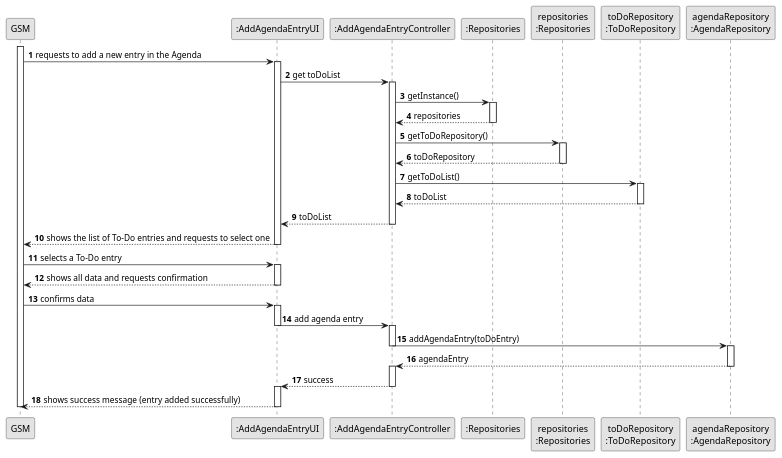
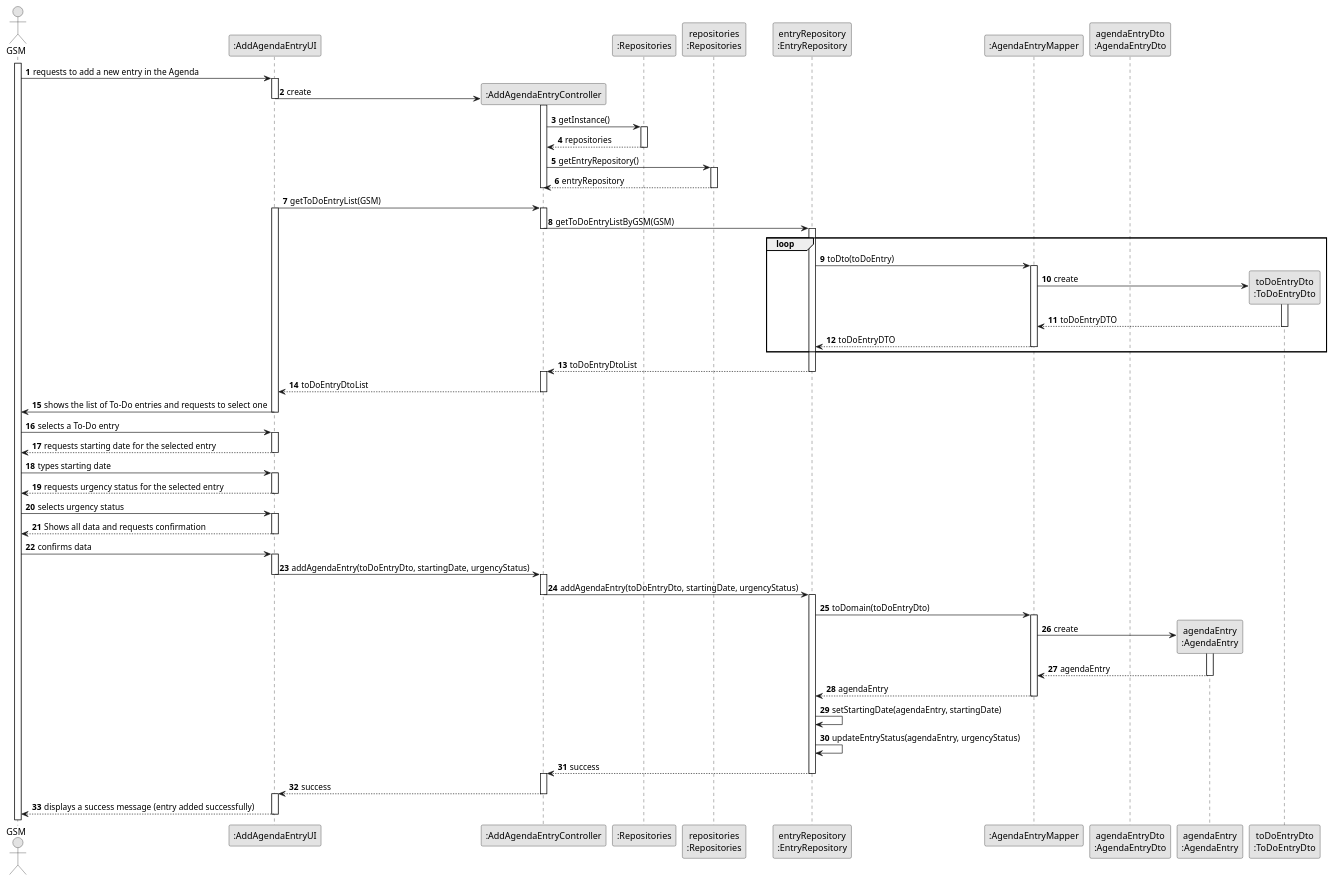
The diagram in docs/sprintC/us022/03.design/puml/us022-sequence-diagram-full.puml (ricardomm7/leaflink), drawn with PlantUML before and after one commit. The commit also changed 5 other files, not shown here.

```diff
--- a/docs/sprintC/us022/03.design/puml/us022-sequence-diagram-full.puml
+++ b/docs/sprintC/us022/03.design/puml/us022-sequence-diagram-full.puml
@@ -1,68 +1,133 @@
 @startuml
 skinparam monochrome true
 skinparam packageStyle rectangle
 skinparam shadowing false
 
 autonumber
 
-participant "GSM" as GSM
+actor "GSM" as GSM
 participant ":AddAgendaEntryUI" as UI
 participant ":AddAgendaEntryController" as CTRL
-participant ":Repositories" as GlobRepo
+participant ":Repositories" as RepositorySingleton
 participant "repositories\n:Repositories" as PLAT
-participant "toDoRepository\n:ToDoRepository" as TODOREP
-participant "agendaRepository\n:AgendaRepository" as AGENDREP
+participant "entryRepository\n:EntryRepository" as EntryRepo
+participant ":AgendaEntryMapper" as AgendaEntryMapper
+participant "agendaEntryDto\n:AgendaEntryDto" as AgendaEntryDto
+participant "agendaEntry\n:AgendaEntry" as AgendaEntry
+participant "toDoEntryDto\n:ToDoEntryDto" as ToDoEntryDto
 
 activate GSM
-GSM -> UI : requests to add a new entry in the Agenda
-activate UI
+
+    GSM -> UI : requests to add a new entry in the Agenda
+    activate UI
+
+        UI -> CTRL **: create
+        deactivate UI
+        activate CTRL
+
+            CTRL -> RepositorySingleton : getInstance()
+            activate RepositorySingleton
+
+                RepositorySingleton --> CTRL : repositories
+            deactivate RepositorySingleton
+
+            CTRL -> PLAT : getEntryRepository()
+            activate PLAT
+
+                PLAT --> CTRL : entryRepository
+            deactivate PLAT
+
+             deactivate CTRL
+
+        deactivate UI
+
+        UI -> CTRL: getToDoEntryList(GSM)
+        activate UI
+        activate CTRL
+
+            CTRL -> EntryRepo: getToDoEntryListByGSM(GSM)
+            deactivate CTRL
+            activate EntryRepo
+
+            loop
+
+            EntryRepo -> AgendaEntryMapper : toDto(toDoEntry)
+            activate AgendaEntryMapper
+
+                AgendaEntryMapper -> ToDoEntryDto** : create
+                activate ToDoEntryDto
+
+                ToDoEntryDto --> AgendaEntryMapper : toDoEntryDTO
+                deactivate ToDoEntryDto
+
+            AgendaEntryMapper --> EntryRepo : toDoEntryDTO
+            deactivate AgendaEntryMapper
+            end
+
+            EntryRepo --> CTRL : toDoEntryDtoList
+            deactivate EntryRepo
+            activate CTRL
+
+            CTRL --> UI : toDoEntryDtoList
+        deactivate CTRL
+
+        UI -> GSM : shows the list of To-Do entries and requests to select one
+    deactivate UI
+
+    GSM -> UI : selects a To-Do entry
+    activate UI
+
+        UI --> GSM : requests starting date for the selected entry
+    deactivate UI
+
+    GSM -> UI : types starting date
+    activate UI
+
+         UI --> GSM : requests urgency status for the selected entry
+    deactivate UI
+
+    GSM -> UI : selects urgency status
+    activate UI
+
+    UI --> GSM : Shows all data and requests confirmation
+    deactivate UI
+
+    GSM -> UI: confirms data
+    activate UI
+
+        UI -> CTRL : addAgendaEntry(toDoEntryDto, startingDate, urgencyStatus)
+        deactivate UI
+        activate CTRL
 
 
-UI -> CTRL: get toDoList
-activate CTRL
+            CTRL -> EntryRepo : addAgendaEntry(toDoEntryDto, startingDate, urgencyStatus)
+            deactivate CTRL
+            activate EntryRepo
 
-CTRL -> GlobRepo : getInstance()
-activate GlobRepo
-GlobRepo --> CTRL : repositories
-deactivate GlobRepo
-CTRL -> PLAT : getToDoRepository()
-activate PLAT
-PLAT -->  CTRL: toDoRepository
-deactivate PLAT
+            EntryRepo -> AgendaEntryMapper : toDomain(toDoEntryDto)
+            activate AgendaEntryMapper
 
-CTRL -> TODOREP : getToDoList()
-activate TODOREP
-TODOREP --> CTRL : toDoList
-deactivate TODOREP
-CTRL --> UI : toDoList
-deactivate CTRL
-UI --> GSM : shows the list of To-Do entries and requests to select one
+                AgendaEntryMapper -> AgendaEntry** : create
+                activate AgendaEntry
+
+                AgendaEntry --> AgendaEntryMapper : agendaEntry
+                deactivate AgendaEntry
+
+            AgendaEntryMapper --> EntryRepo : agendaEntry
+            deactivate AgendaEntryMapper
+
+                EntryRepo -> EntryRepo : setStartingDate(agendaEntry, startingDate)
+                EntryRepo -> EntryRepo : updateEntryStatus(agendaEntry, urgencyStatus)
+
+            EntryRepo --> CTRL : success
+            deactivate EntryRepo
+            activate CTRL
+
+        CTRL --> UI : success
+    deactivate CTRL
+    activate UI
+
+    UI --> GSM : displays a success message (entry added successfully)
 deactivate UI
 
-GSM -> UI : selects a To-Do entry
-activate UI
-
-UI --> GSM: shows all data and requests confirmation
-deactivate UI
-
-GSM -> UI: confirms data
-activate UI
-
-UI -> CTRL : add agenda entry
-deactivate UI
-activate CTRL
-
-CTRL -> AGENDREP : addAgendaEntry(toDoEntry)
-deactivate CTRL
-
-activate AGENDREP
-AGENDREP --> CTRL : agendaEntry
-deactivate AGENDREP
-activate CTRL
-CTRL --> UI : success
-deactivate CTRL
-activate UI
-UI --> GSM : shows success message (entry added successfully)
-deactivate UI
-deactivate GSM
 @enduml
```
